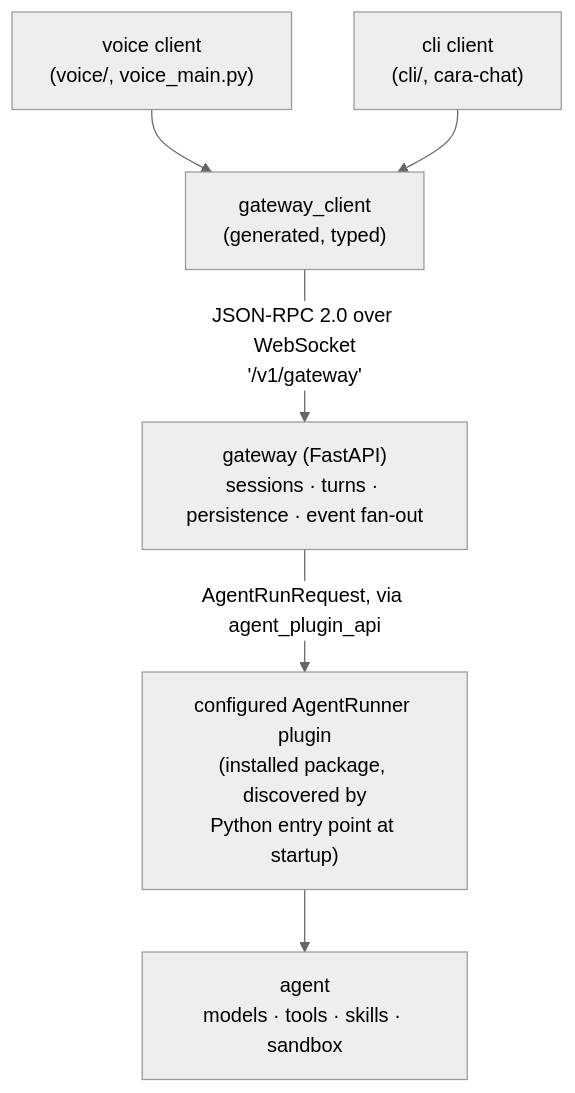
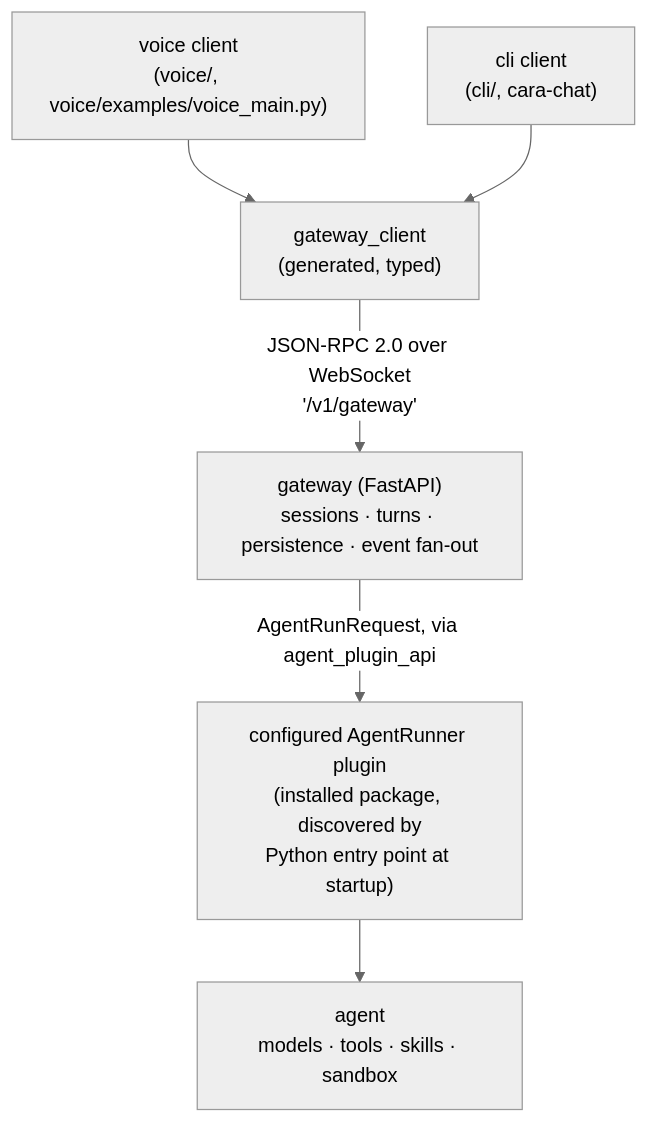
One commit to mathisarends/cara changed the first of 2 diagrams in README.md. Above: the diagram before and after it, drawn with Mermaid (neutral theme). The commit also changed other lines of this file and 8 other files, not shown here.

First line of the commit message:
refactor(voice): move static/sounds and voice_main.py into voice package

````diff
--- a/README.md
+++ b/README.md
@@ -33,15 +33,15 @@
 ```mermaid
 flowchart TD
-    Voice["voice client<br/>(voice/, voice_main.py)"]
+    Voice["voice client<br/>(voice/, voice/examples/voice_main.py)"]
     Cli["cli client<br/>(cli/, cara-chat)"]
     Client["gateway_client<br/>(generated, typed)"]
     Gateway["gateway (FastAPI)<br/>sessions · turns · persistence · event fan-out"]
     Plugin["configured AgentRunner plugin<br/>(installed package, discovered by<br/>Python entry point at startup)"]
     Agent["agent<br/>models · tools · skills · sandbox"]
 
     Voice --> Client
     Cli --> Client
     Client -- "JSON-RPC 2.0 over WebSocket<br/>'/v1/gateway'" --> Gateway
     Gateway -- "AgentRunRequest, via agent_plugin_api" --> Plugin
     Plugin --> Agent
 ```
````
